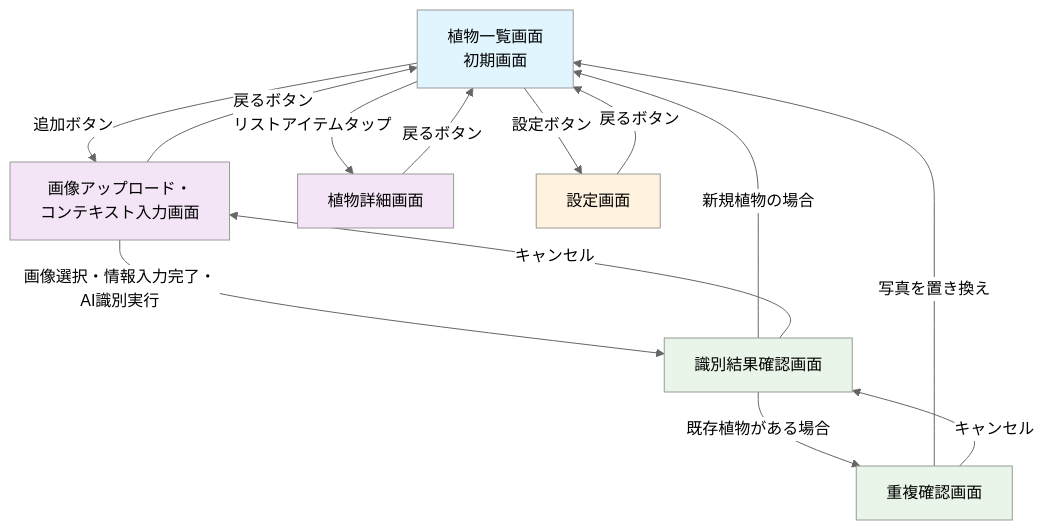
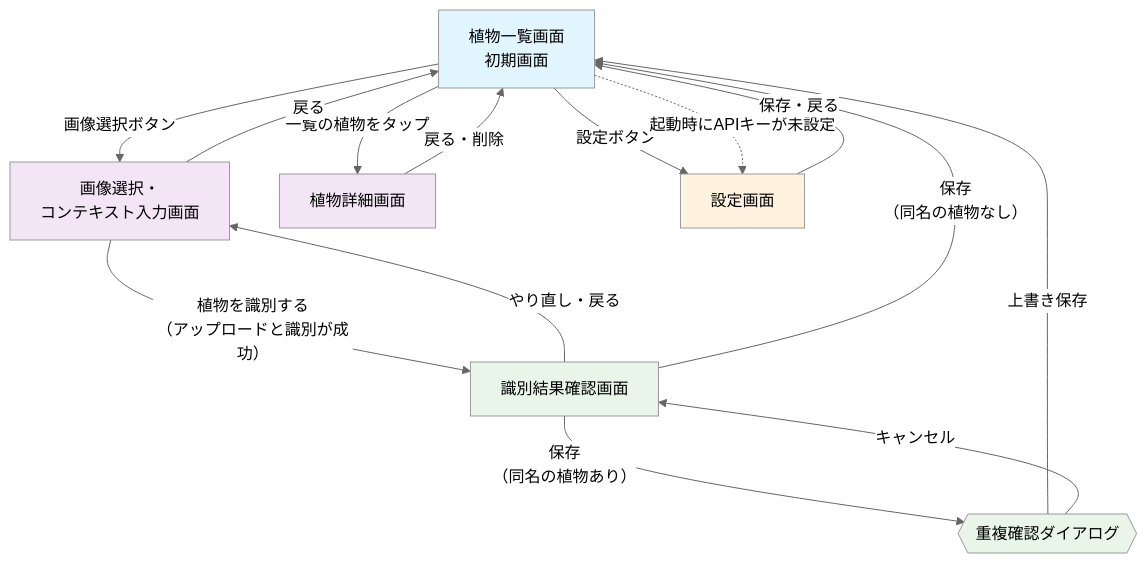
The diagram in docs/03_screen_design.md (nmasashi/snaplant), drawn with Mermaid (neutral theme) before and after one commit. The commit also changed other lines of this file and 6 other files, not shown here.

````diff
--- a/docs/03_screen_design.md
+++ b/docs/03_screen_design.md
@@ -5,28 +20,29 @@
 ```mermaid
 flowchart TD
-    A[植物一覧画面<br/>初期画面] -->|追加ボタン| B[画像アップロード・<br/>コンテキスト入力画面]
-    A -->|リストアイテムタップ| C[植物詳細画面]
+    A[植物一覧画面<br/>初期画面] -->|画像選択ボタン| B[画像選択・<br/>コンテキスト入力画面]
+    A -->|一覧の植物をタップ| C[植物詳細画面]
     A -->|設定ボタン| G[設定画面]
+    A -.->|起動時にAPIキーが未設定| G
 
-    B -->|画像選択・情報入力完了・AI識別実行| E[識別結果確認画面]
-    B -->|戻るボタン| A
-    E -->|既存植物がある場合| F[重複確認画面]
-    E -->|新規植物の場合| A
-    F -->|写真を置き換え| A
+    B -->|植物を識別する<br/>（アップロードと識別が成功）| E[識別結果確認画面]
+    B -->|戻る| A
+    E -->|やり直し・戻る| B
+    E -->|保存<br/>（同名の植物なし）| A
+    E -->|保存<br/>（同名の植物あり）| F{{重複確認ダイアログ}}
+    F -->|上書き保存| A
     F -->|キャンセル| E
-    E -->|キャンセル| B
 
-    C -->|戻るボタン| A
-    G -->|戻るボタン| A
+    C -->|戻る・削除| A
+    G -->|保存・戻る| A
 
     %% スタイル設定
     classDef startScreen fill:#e1f5fe
     classDef processScreen fill:#f3e5f5
     classDef resultScreen fill:#e8f5e8
     classDef settingScreen fill:#fff3e0
 
     class A startScreen
     class B,C processScreen
     class E,F resultScreen
     class G settingScreen
 ```
````
